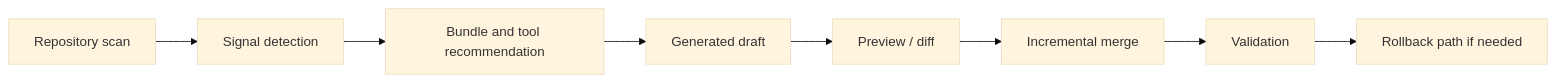
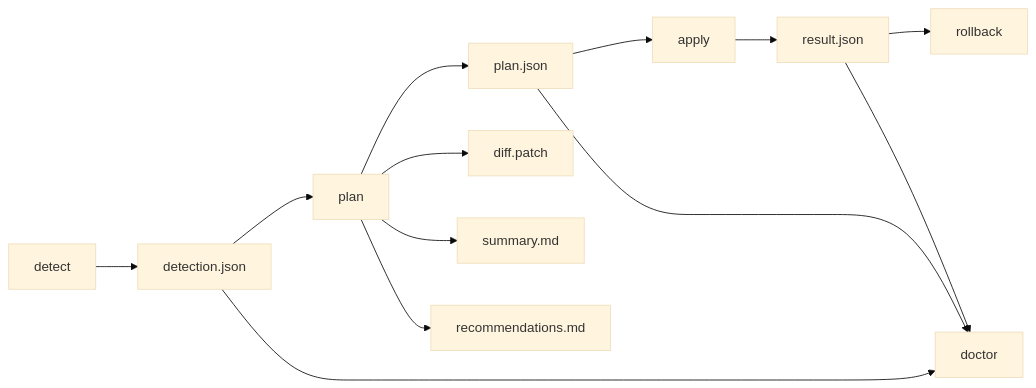
One commit to manhua-man/harness-coding-protocol changed the diagram in docs/architecture.md. Above: the diagram before and after it, drawn with Mermaid (base theme). The commit also changed other lines of this file and 34 other files, not shown here.

````diff
--- a/docs/architecture.md
+++ b/docs/architecture.md
@@ -26,10 +15,15 @@
 ```mermaid
 flowchart LR
-  A["Repository scan"] --> B["Signal detection"]
-  B --> C["Bundle and tool recommendation"]
-  C --> D["Generated draft"]
-  D --> E["Preview / diff"]
-  E --> F["Incremental merge"]
-  F --> G["Validation"]
-  G --> H["Rollback path if needed"]
+  A["detect"] --> B["detection.json"]
+  B --> C["plan"]
+  C --> D["plan.json"]
+  C --> E["diff.patch"]
+  C --> F["summary.md"]
+  C --> G["recommendations.md"]
+  D --> H["apply"]
+  H --> I["result.json"]
+  I --> J["rollback"]
+  B --> K["doctor"]
+  D --> K
+  I --> K
 ```
````
